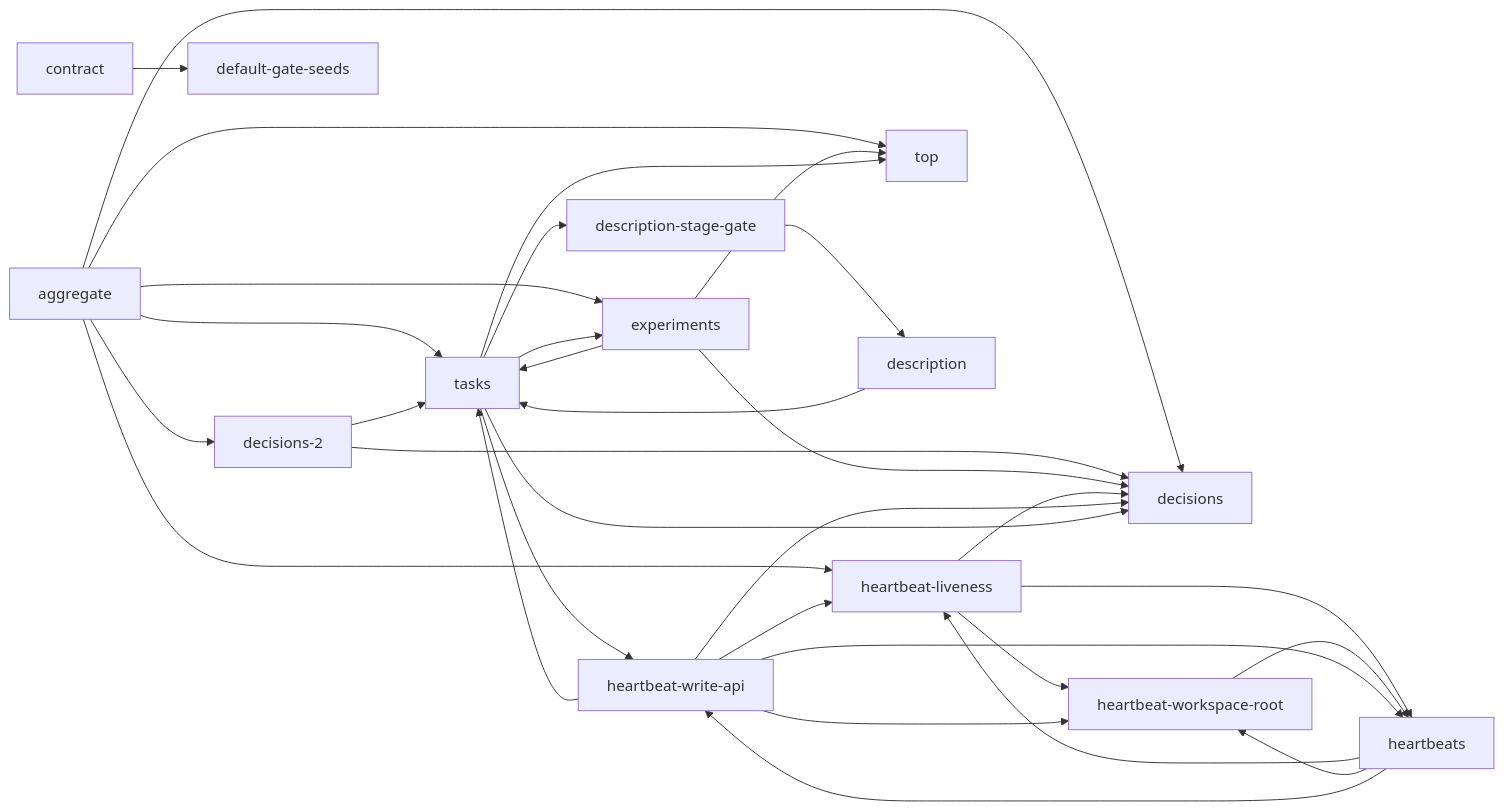
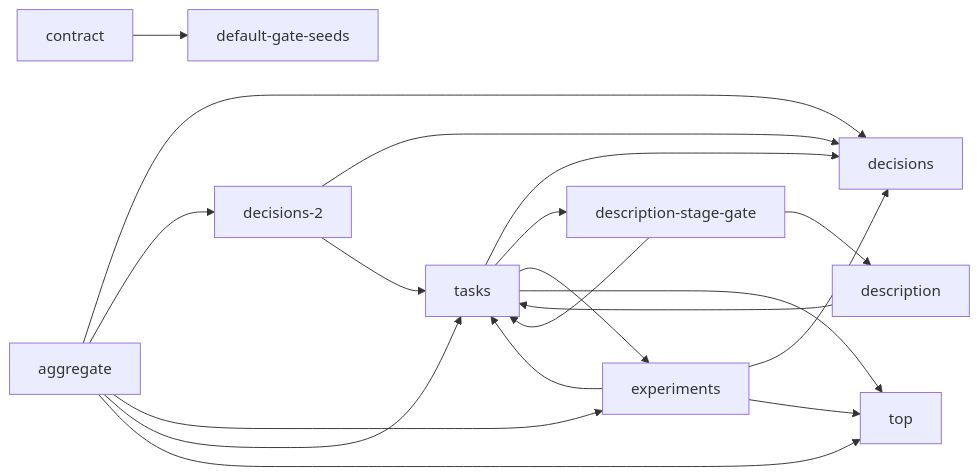
One commit to Han-Haocheng/project-flow changed the fourth of 13 diagrams in docs/project-description.md. Above: the diagram before and after it, drawn with Mermaid. The commit also changed other lines of this file and 7 other files, not shown here.

````diff
--- a/docs/project-description.md
+++ b/docs/project-description.md
@@ -377,34 +386,21 @@
 ```mermaid
 graph LR
-  m11["aggregate"] --> m1["decisions"]
-  m11["aggregate"] --> m6["decisions-2"]
-  m11["aggregate"] --> m4["experiments"]
-  m11["aggregate"] --> m9["heartbeat-liveness"]
-  m11["aggregate"] --> m5["tasks"]
-  m11["aggregate"] --> m0["top"]
+  m7["aggregate"] --> m1["decisions"]
+  m7["aggregate"] --> m6["decisions-2"]
+  m7["aggregate"] --> m4["experiments"]
+  m7["aggregate"] --> m5["tasks"]
+  m7["aggregate"] --> m0["top"]
   m2["contract"] --> m3["default-gate-seeds"]
   m6["decisions-2"] --> m1["decisions"]
   m6["decisions-2"] --> m5["tasks"]
-  m12["description"] --> m5["tasks"]
-  m13["description-stage-gate"] --> m12["description"]
+  m8["description"] --> m5["tasks"]
+  m9["description-stage-gate"] --> m8["description"]
+  m9["description-stage-gate"] --> m5["tasks"]
   m4["experiments"] --> m1["decisions"]
   m4["experiments"] --> m5["tasks"]
   m4["experiments"] --> m0["top"]
-  m9["heartbeat-liveness"] --> m1["decisions"]
-  m9["heartbeat-liveness"] --> m8["heartbeat-workspace-root"]
-  m9["heartbeat-liveness"] --> m7["heartbeats"]
-  m8["heartbeat-workspace-root"] --> m7["heartbeats"]
-  m10["heartbeat-write-api"] --> m1["decisions"]
-  m10["heartbeat-write-api"] --> m9["heartbeat-liveness"]
-  m10["heartbeat-write-api"] --> m8["heartbeat-workspace-root"]
-  m10["heartbeat-write-api"] --> m7["heartbeats"]
-  m10["heartbeat-write-api"] --> m5["tasks"]
-  m7["heartbeats"] --> m9["heartbeat-liveness"]
-  m7["heartbeats"] --> m8["heartbeat-workspace-root"]
-  m7["heartbeats"] --> m10["heartbeat-write-api"]
   m5["tasks"] --> m1["decisions"]
-  m5["tasks"] --> m13["description-stage-gate"]
+  m5["tasks"] --> m9["description-stage-gate"]
   m5["tasks"] --> m4["experiments"]
-  m5["tasks"] --> m10["heartbeat-write-api"]
   m5["tasks"] --> m0["top"]
 ```
````
